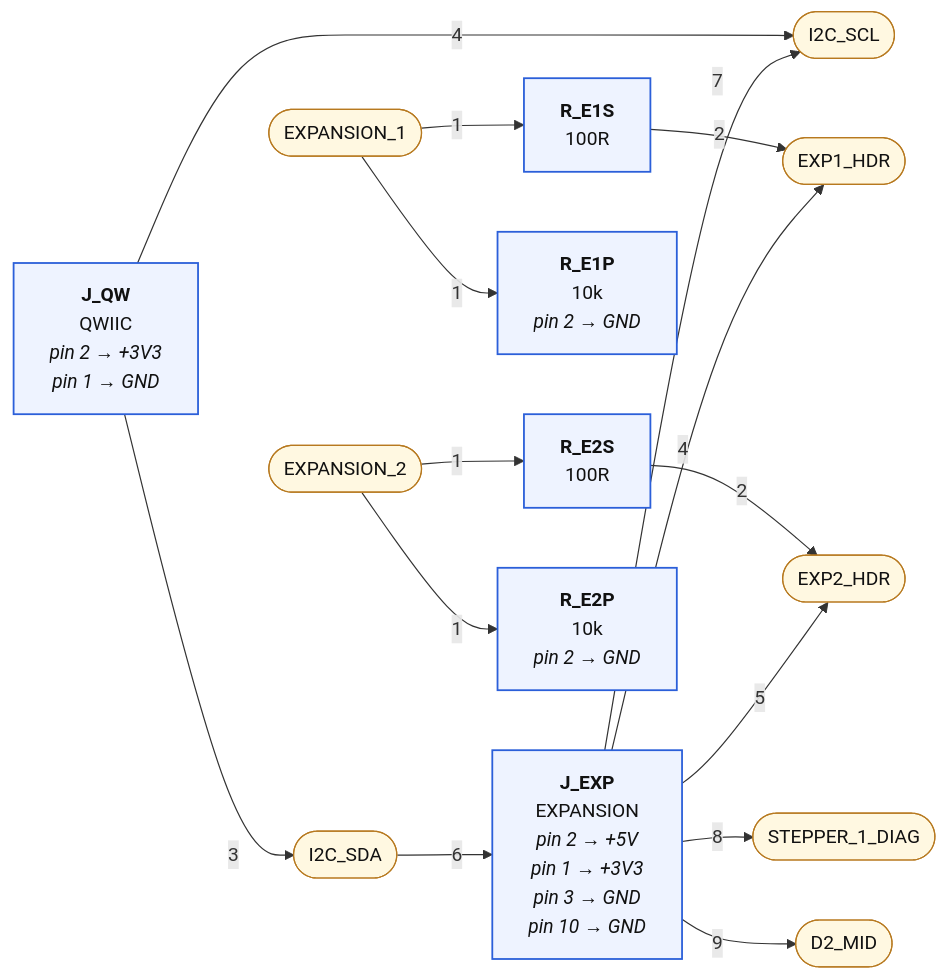
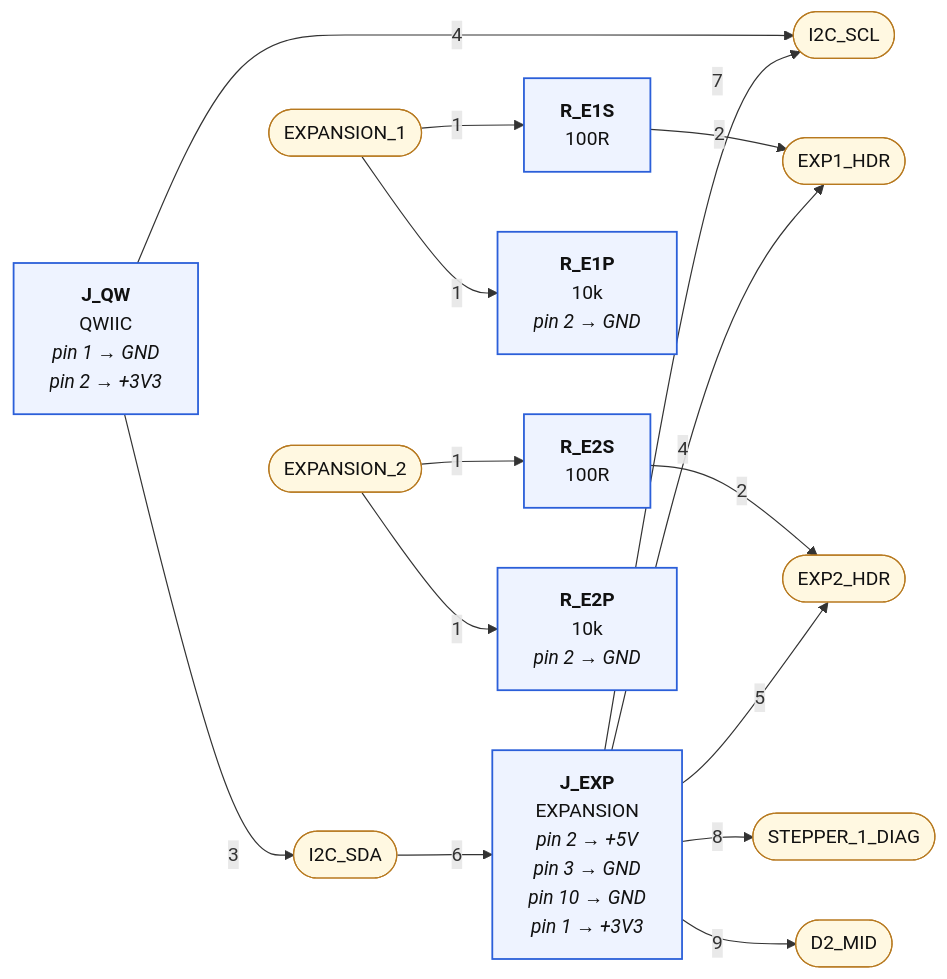
The sixth of 6 diagrams in hardware/pro/sheets/07-sensors-expansion.diagram.md (mrwillson2u/propmesh), drawn with Mermaid before and after one commit. The commit also changed other lines of this file and 59 other files, not shown here.

````diff
--- a/hardware/pro/sheets/07-sensors-expansion.diagram.md
+++ b/hardware/pro/sheets/07-sensors-expansion.diagram.md
@@ -154,38 +154,38 @@
 ```mermaid
 graph LR
   classDef part fill:#eef3ff,stroke:#2b5fd9,stroke-width:1.5px,color:#111
   classDef net fill:#fff8e1,stroke:#b7791f,color:#111
   classDef rail fill:#ffe0b2,stroke:#e65100,stroke-width:3px,color:#111,font-weight:bold
   classDef badnet fill:#ffe0e0,stroke:#c00,stroke-width:3px,color:#111,font-weight:bold
   classDef absent fill:#fff,stroke:#c00,stroke-width:2px,stroke-dasharray:6 4,color:#c00
   classDef extra fill:#ffecec,stroke:#c00,stroke-width:2px,color:#111
   classDef dnp fill:#f5f5f5,stroke:#999,stroke-dasharray:3 3,color:#666
   N_I2C_SDA(["I2C_SDA"]):::net
-  P_J_QW["<b>J_QW</b><br/>QWIIC<br/><i>pin 2 → +3V3</i><br/><i>pin 1 → GND</i>"]:::part
+  P_J_QW["<b>J_QW</b><br/>QWIIC<br/><i>pin 1 → GND</i><br/><i>pin 2 → +3V3</i>"]:::part
   P_J_QW --"3"--> N_I2C_SDA
-  P_J_EXP["<b>J_EXP</b><br/>EXPANSION<br/><i>pin 2 → +5V</i><br/><i>pin 1 → +3V3</i><br/><i>pin 3 → GND</i><br/><i>pin 10 → GND</i>"]:::part
+  P_J_EXP["<b>J_EXP</b><br/>EXPANSION<br/><i>pin 2 → +5V</i><br/><i>pin 3 → GND</i><br/><i>pin 10 → GND</i><br/><i>pin 1 → +3V3</i>"]:::part
   N_I2C_SDA --"6"--> P_J_EXP
   N_I2C_SCL(["I2C_SCL"]):::net
   P_J_QW --"4"--> N_I2C_SCL
   P_J_EXP --"7"--> N_I2C_SCL
   N_EXPANSION_1(["EXPANSION_1"]):::net
   P_R_E1S["<b>R_E1S</b><br/>100R"]:::part
   N_EXPANSION_1 --"1"--> P_R_E1S
   P_R_E1P["<b>R_E1P</b><br/>10k<br/><i>pin 2 → GND</i>"]:::part
   N_EXPANSION_1 --"1"--> P_R_E1P
   N_EXP1_HDR(["EXP1_HDR"]):::net
   P_R_E1S --"2"--> N_EXP1_HDR
   P_J_EXP --"4"--> N_EXP1_HDR
   N_EXPANSION_2(["EXPANSION_2"]):::net
   P_R_E2S["<b>R_E2S</b><br/>100R"]:::part
   N_EXPANSION_2 --"1"--> P_R_E2S
   P_R_E2P["<b>R_E2P</b><br/>10k<br/><i>pin 2 → GND</i>"]:::part
   N_EXPANSION_2 --"1"--> P_R_E2P
   N_EXP2_HDR(["EXP2_HDR"]):::net
   P_R_E2S --"2"--> N_EXP2_HDR
   P_J_EXP --"5"--> N_EXP2_HDR
   N_STEPPER_1_DIAG(["STEPPER_1_DIAG"]):::net
   P_J_EXP --"8"--> N_STEPPER_1_DIAG
   N_D2_MID(["D2_MID"]):::net
   P_J_EXP --"9"--> N_D2_MID
 ```
````
